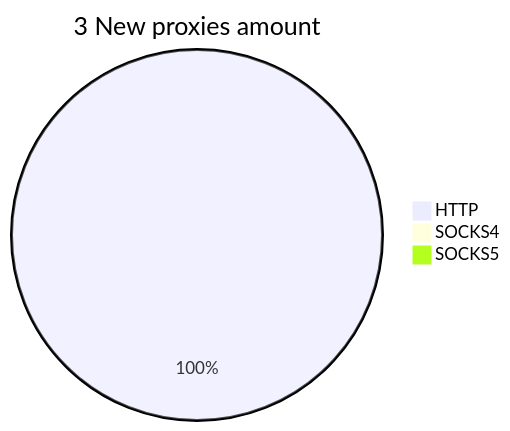
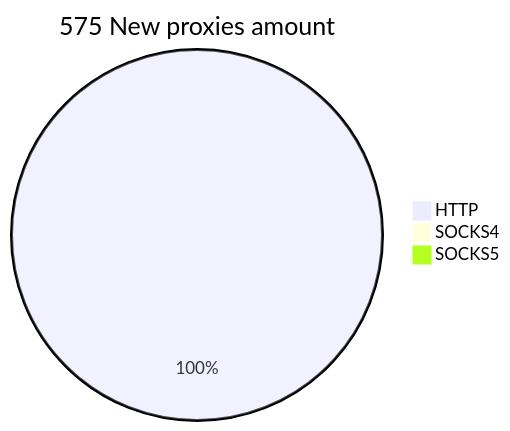
Before and after one commit to cutipu/proxylist: the second of 2 diagrams in README.md, drawn with Mermaid. The commit also changed other lines of this file, not shown here.

````diff
--- a/README.md
+++ b/README.md
@@ -10,6 +10,6 @@
 ```mermaid
-pie title 3 New proxies amount
-    "HTTP" : 4
+pie title 575 New proxies amount
+    "HTTP" : 577
     "SOCKS4" : 0
     "SOCKS5" : 0
 ```
````
